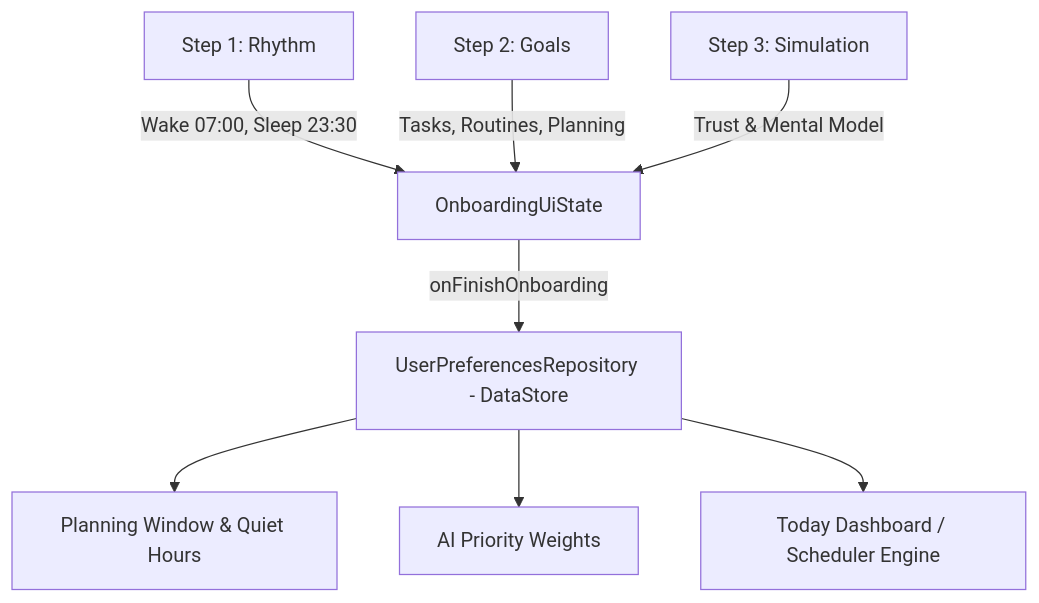
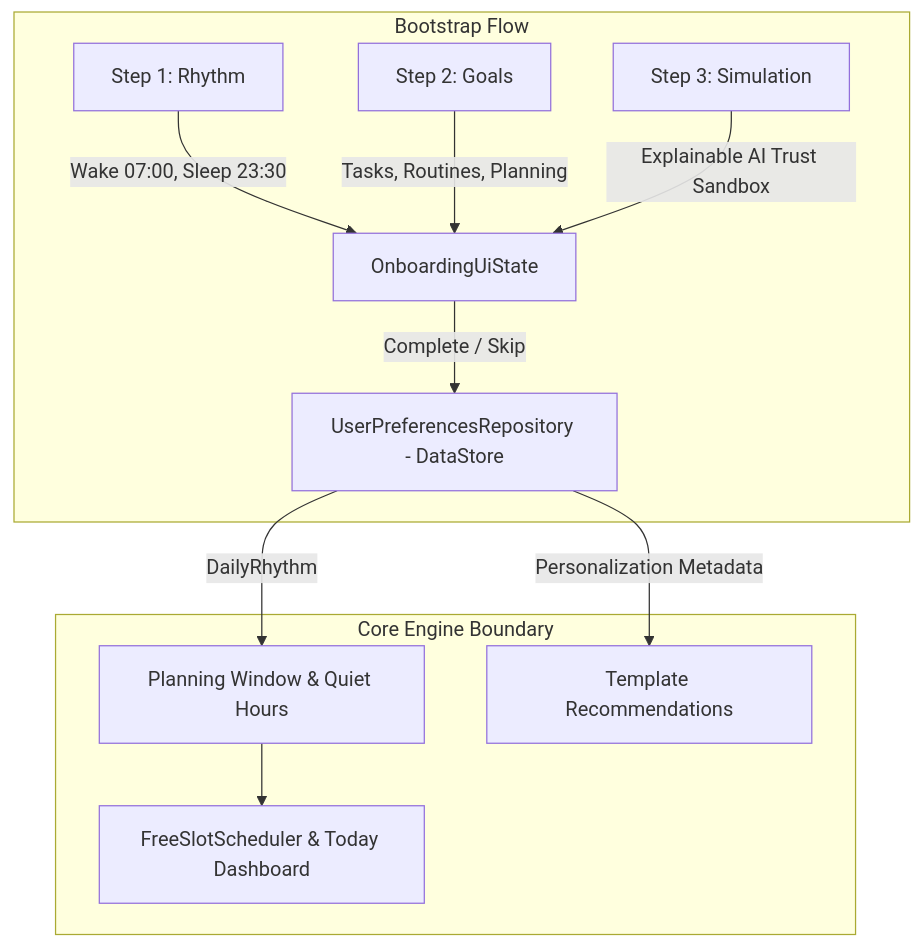
The diagram in doc/ONBOARDING_TO_CORE_ARCHITECTURE.md (ThinhNguyen2005/SmartReminder), drawn with Mermaid before and after one commit. The commit also changed other lines of this file, not shown here.

Commit message:
docs(arch): update ONBOARDING_TO_CORE_ARCHITECTURE as frozen architectural handoff contract

````diff
--- a/doc/ONBOARDING_TO_CORE_ARCHITECTURE.md
+++ b/doc/ONBOARDING_TO_CORE_ARCHITECTURE.md
@@ -11,10 +11,15 @@
 ```mermaid
 graph TD
-    A[Step 1: Rhythm] -->|Wake 07:00, Sleep 23:30| D[OnboardingUiState]
-    B[Step 2: Goals] -->|Tasks, Routines, Planning| D
-    C[Step 3: Simulation] -->|Trust & Mental Model| D
-    D -->|onFinishOnboarding| E[UserPreferencesRepository - DataStore]
-    E --> F[Planning Window & Quiet Hours]
-    E --> G[AI Priority Weights]
-    E --> H[Today Dashboard / Scheduler Engine]
+    subgraph Bootstrap Flow
+        A[Step 1: Rhythm] -->|Wake 07:00, Sleep 23:30| D[OnboardingUiState]
+        B[Step 2: Goals] -->|Tasks, Routines, Planning| D
+        C[Step 3: Simulation] -->|Explainable AI Trust Sandbox| D
+        D -->|Complete / Skip| E[UserPreferencesRepository - DataStore]
+    end
+
+    subgraph Core Engine Boundary
+        E -->|DailyRhythm| F[Planning Window & Quiet Hours]
+        E -->|Personalization Metadata| G[Template Recommendations]
+        F --> H[FreeSlotScheduler & Today Dashboard]
+    end
 ```
````
